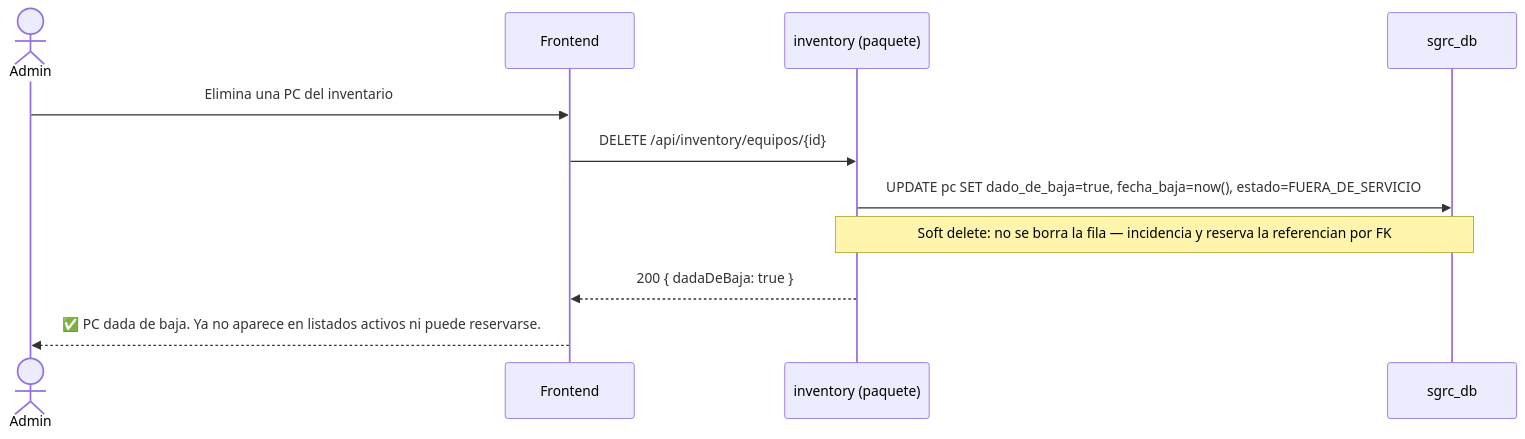
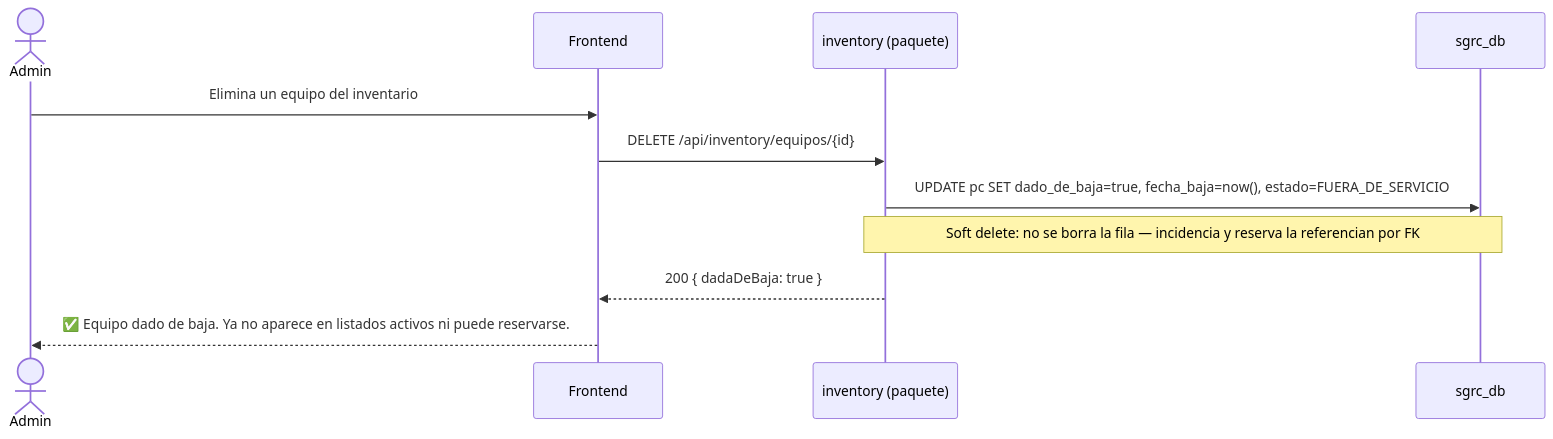
The eighth of 13 diagrams in docs/04-diagramas-secuencia.md (agustin-y2k/sgrc), drawn with Mermaid before and after one commit. The commit also changed other lines of this file and 81 other files, not shown here.

````diff
--- a/docs/04-diagramas-secuencia.md
+++ b/docs/04-diagramas-secuencia.md
@@ -253,14 +253,14 @@
 ```mermaid
 sequenceDiagram
     actor ADM as Admin
     participant FE as Frontend
     participant INV as inventory (paquete)
     participant DB as sgrc_db
 
-    ADM->>FE: Elimina una PC del inventario
+    ADM->>FE: Elimina un equipo del inventario
     FE->>INV: DELETE /api/inventory/equipos/{id}
     INV->>DB: UPDATE pc SET dado_de_baja=true, fecha_baja=now(), estado=FUERA_DE_SERVICIO
     Note over INV,DB: Soft delete: no se borra la fila — incidencia y reserva la referencian por FK
     INV-->>FE: 200 { dadaDeBaja: true }
-    FE-->>ADM: ✅ PC dada de baja. Ya no aparece en listados activos ni puede reservarse.
+    FE-->>ADM: ✅ Equipo dado de baja. Ya no aparece en listados activos ni puede reservarse.
 ```
````
